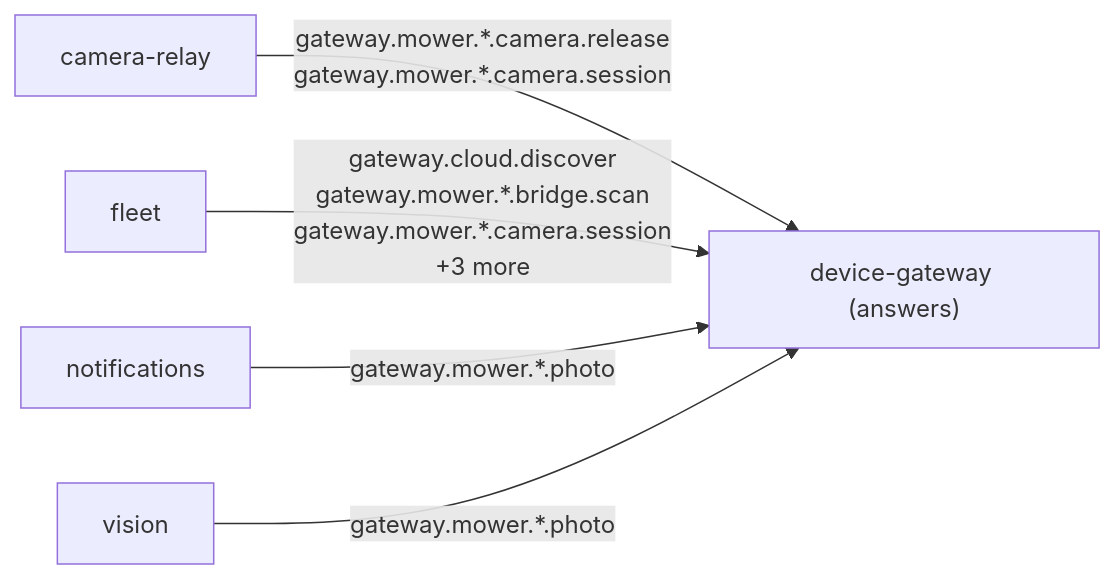
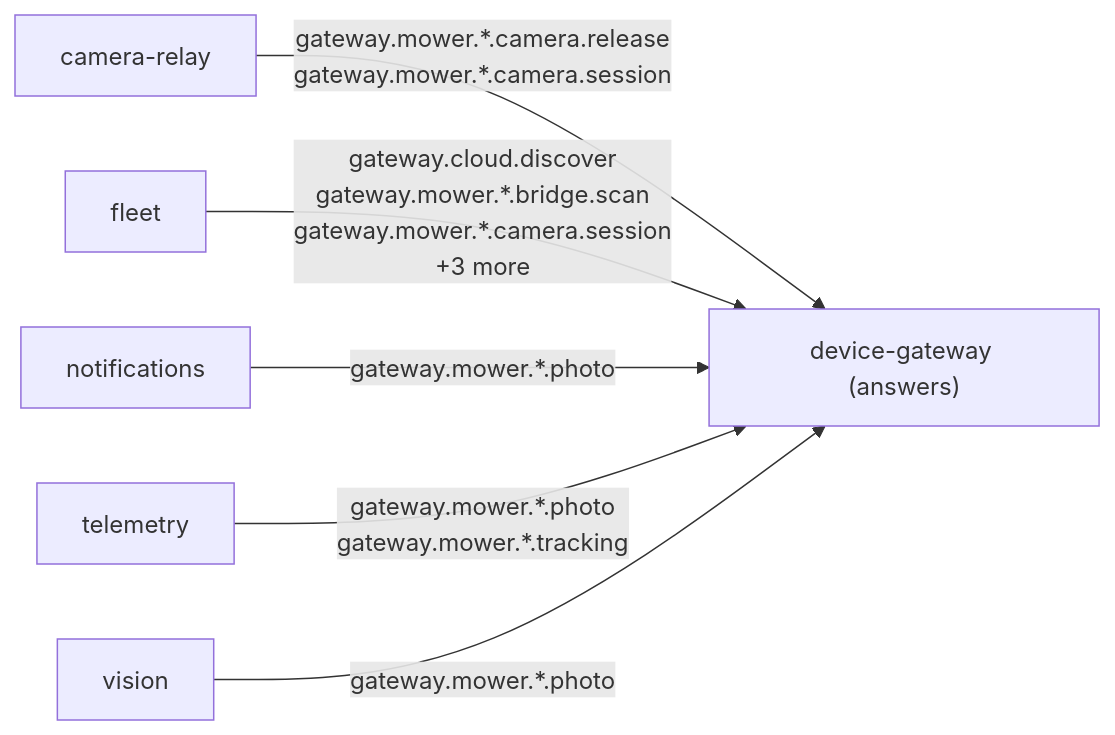
Before and after one commit to lukislp/mowdeck: the tenth of 15 diagrams in docs/architecture/generated.md, drawn with Mermaid. The commit also changed other lines of this file and 91 other files, not shown here.

````diff
--- a/docs/architecture/generated.md
+++ b/docs/architecture/generated.md
@@ -329,12 +329,14 @@
 ```mermaid
 flowchart LR
   r_device_gateway["device-gateway (answers)"]
   q_camera_relay["camera-relay"]
   q_camera_relay -->|"gateway.mower.*.camera.release<br/>gateway.mower.*.camera.session"| r_device_gateway
   q_fleet["fleet"]
   q_fleet -->|"gateway.cloud.discover<br/>gateway.mower.*.bridge.scan<br/>gateway.mower.*.camera.session<br/>+3 more"| r_device_gateway
   q_notifications["notifications"]
   q_notifications -->|"gateway.mower.*.photo"| r_device_gateway
+  q_telemetry["telemetry"]
+  q_telemetry -->|"gateway.mower.*.photo<br/>gateway.mower.*.tracking"| r_device_gateway
   q_vision["vision"]
   q_vision -->|"gateway.mower.*.photo"| r_device_gateway
 ```
````
